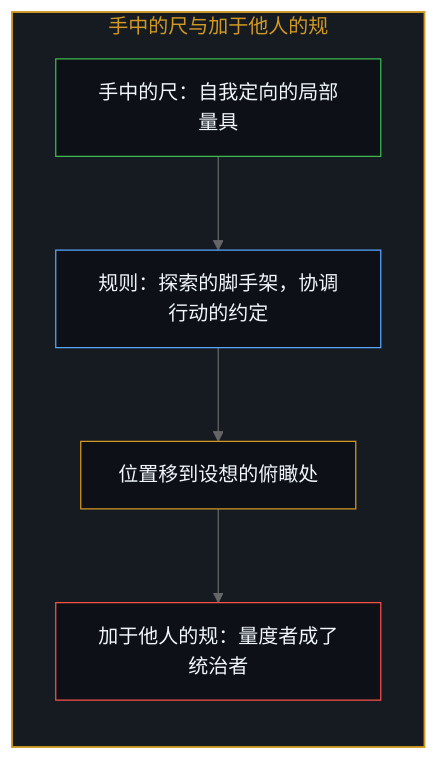
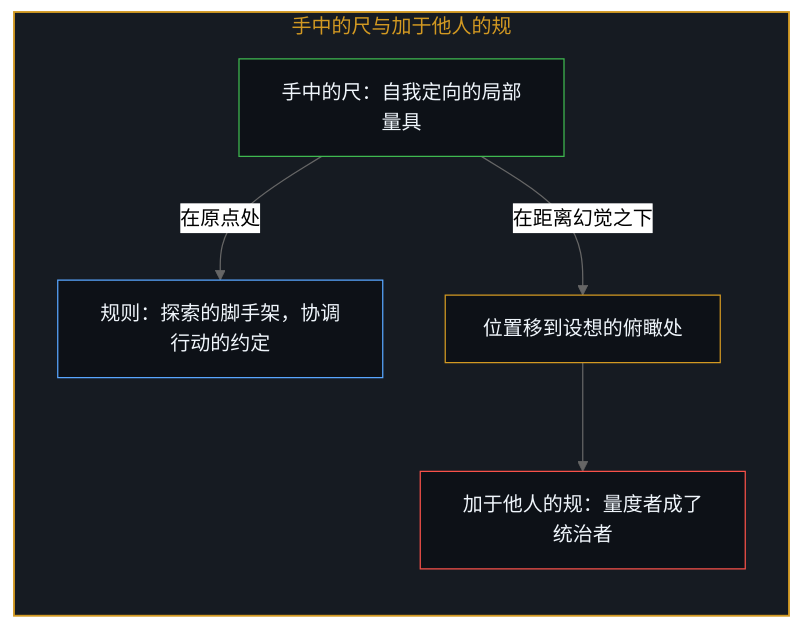
One commit to powerpig99/not-a-toe changed the third of 12 diagrams in content/posts/the-illusion-of-distance-and-the-dual-ruler.md. Above: the diagram before and after it, drawn with Mermaid (neutral theme). The commit also changed other lines of this file and 1 other file, not shown here.

````diff
--- a/content/posts/the-illusion-of-distance-and-the-dual-ruler.md
+++ b/content/posts/the-illusion-of-distance-and-the-dual-ruler.md
@@ -83,18 +83,18 @@
 ```mermaid
 flowchart TD
     subgraph S_Ruler["手中的尺与加于他人的规"]
         direction TB
         Hand["手中的尺：自我定向的局部量具"]
         Use["规则：探索的脚手架，协调行动的约定"]
         Shift["位置移到设想的俯瞰处"]
         Rule["加于他人的规：量度者成了统治者"]
-        Hand --> Use
-        Use --> Shift
+        Hand -->|"在原点处"| Use
+        Hand -->|"在距离幻觉之下"| Shift
         Shift --> Rule
     end
     style S_Ruler fill:#161b22,stroke:#d29922,stroke-width:1.5px,color:#d29922
     style Hand fill:#0d1117,stroke:#3fb950,stroke-width:1px,color:#f0f6fc
     style Use fill:#0d1117,stroke:#58a6ff,stroke-width:1px,color:#f0f6fc
     style Shift fill:#0d1117,stroke:#d29922,stroke-width:1px,color:#f0f6fc
     style Rule fill:#0d1117,stroke:#f85149,stroke-width:1px,color:#f0f6fc
 ```
````
